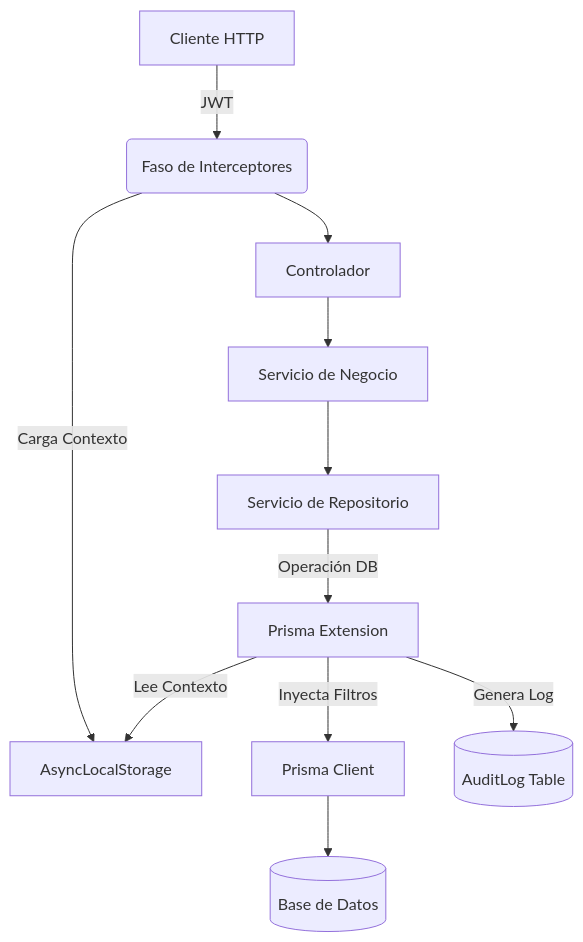
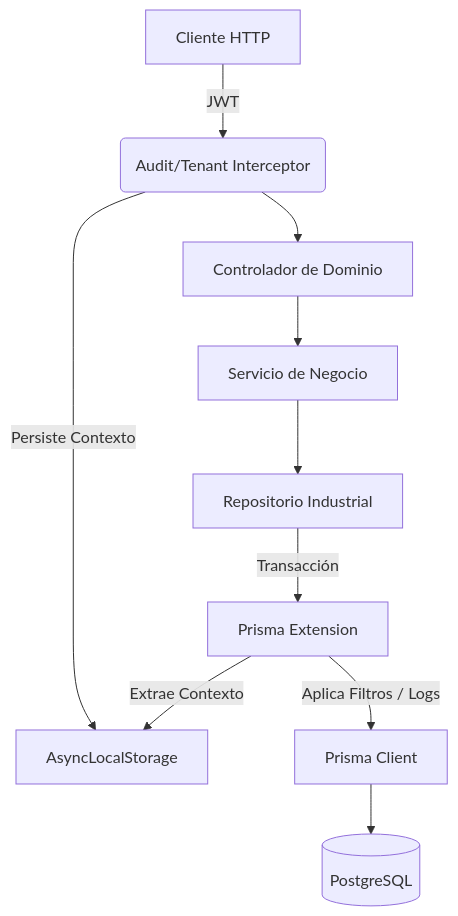
One commit to Dashiuz/security-crm-backend changed the diagram in ARCHITECTURE.md. Above: the diagram before and after it, drawn with Mermaid. The commit also changed other lines of this file and 1 other file, not shown here.

````diff
--- a/ARCHITECTURE.md
+++ b/ARCHITECTURE.md
@@ -62,13 +48,12 @@
 ```mermaid
 graph TD
-    A[Cliente HTTP] -->|JWT| B(Faso de Interceptores)
-    B -->|Carga Contexto| C[AsyncLocalStorage]
-    B --> D[Controlador]
+    A[Cliente HTTP] -->|JWT| B(Audit/Tenant Interceptor)
+    B -->|Persiste Contexto| C[AsyncLocalStorage]
+    B --> D[Controlador de Dominio]
     D --> E[Servicio de Negocio]
-    E --> F[Servicio de Repositorio]
-    F -->|Operación DB| G[Prisma Extension]
-    G -->|Lee Contexto| C
-    G -->|Inyecta Filtros| H[Prisma Client]
-    H --> I[(Base de Datos)]
-    G -->|Genera Log| J[(AuditLog Table)]
+    E --> F[Repositorio Industrial]
+    F -->|Transacción| G[Prisma Extension]
+    G -->|Extrae Contexto| C
+    G -->|Aplica Filtros / Logs| H[Prisma Client]
+    H --> I[(PostgreSQL)]
 ```
````
